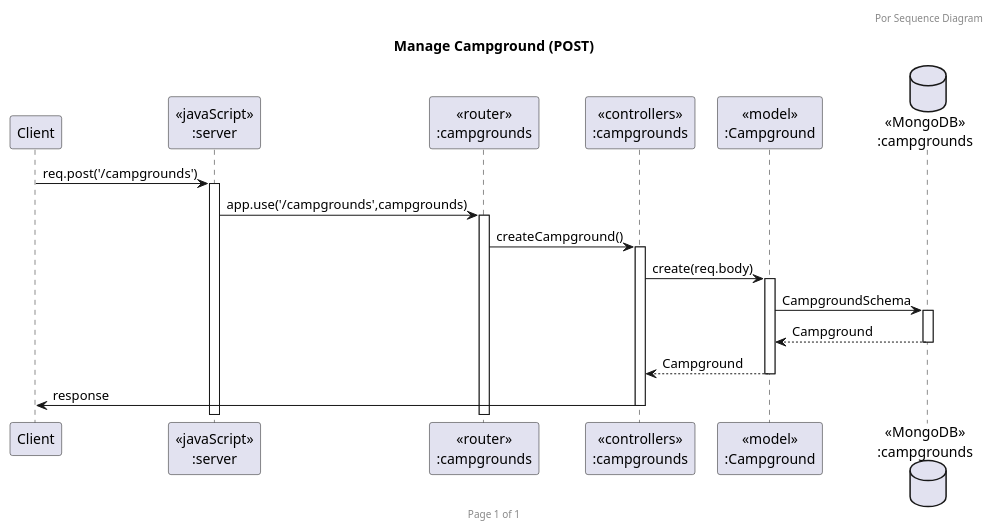
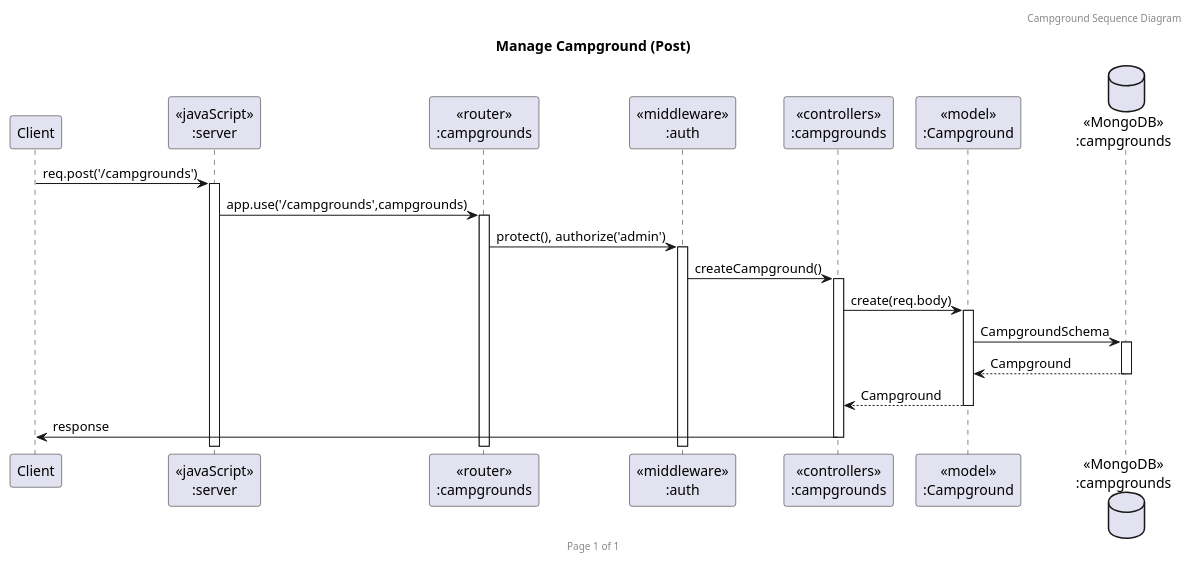
Before and after one commit to 2110503TACEDT66/presentation-day-1-por: the diagram in puml/sequence_diagram/campgrounds/post-campgroundt.puml, drawn with PlantUML. The commit also changed 11 other files, not shown here.

```diff
--- a/puml/sequence_diagram/campgrounds/post-campgroundt.puml
+++ b/puml/sequence_diagram/campgrounds/post-campgroundt.puml
@@ -1,23 +1,25 @@
 @startuml post-campground
 
-header Por Sequence Diagram
+header Campground Sequence Diagram
 footer Page %page% of %lastpage%
-title "Manage Campground (POST)"
+title "Manage Campground (Post)"
 
 participant "Client" as client
 participant "<<javaScript>>\n:server" as server
 participant "<<router>>\n:campgrounds" as routerCampgrounds
+participant "<<middleware>>\n:auth" as middlewareAuth
 participant "<<controllers>>\n:campgrounds" as controllersCampgrounds
 participant "<<model>>\n:Campground" as modelCampground
 database "<<MongoDB>>\n:campgrounds" as CampgroundsDatabase
 
 client->server ++:req.post('/campgrounds')
 server->routerCampgrounds ++:app.use('/campgrounds',campgrounds)
-routerCampgrounds -> controllersCampgrounds ++:createCampground()
+routerCampgrounds -> middlewareAuth ++: protect(), authorize('admin')
+middlewareAuth -> controllersCampgrounds ++:createCampground()
 controllersCampgrounds->modelCampground ++:create(req.body)
 modelCampground ->CampgroundsDatabase ++:CampgroundSchema
 CampgroundsDatabase --> modelCampground --:Campground
 controllersCampgrounds <-- modelCampground --:Campground
 controllersCampgrounds->client --:response
 
 @enduml
```
